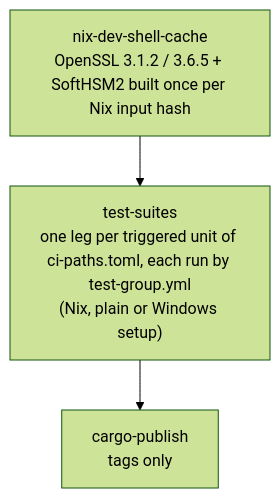
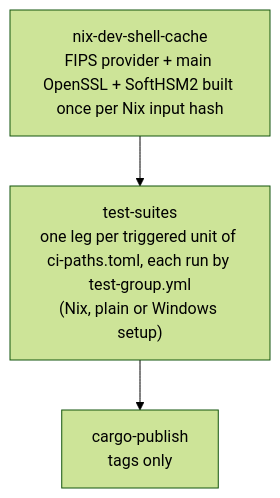
One commit to Cosmian/kms changed the third of 3 diagrams in .github/workflows/README_main.md. Above: the diagram before and after it, drawn with Mermaid (forest theme). The commit also changed other lines of this file and 5 other files, not shown here.

First line of the commit message:
ci(windows): build the pinned FIPS provider from openssl_versions.json

````diff
--- a/.github/workflows/README_main.md
+++ b/.github/workflows/README_main.md
@@ -48,8 +48,8 @@
 ```mermaid
 flowchart TB
-    Cache["nix-dev-shell-cache<br/>OpenSSL 3.1.2 / 3.6.5 + SoftHSM2 built once per Nix input hash"]
+    Cache["nix-dev-shell-cache<br/>FIPS provider + main OpenSSL + SoftHSM2 built once per Nix input hash"]
     Suites["test-suites<br/>one leg per triggered unit of ci-paths.toml, each run by test-group.yml<br/>(Nix, plain or Windows setup)"]
     Publish["cargo-publish<br/>tags only"]
     Cache --> Suites
     Suites --> Publish
 ```
````
